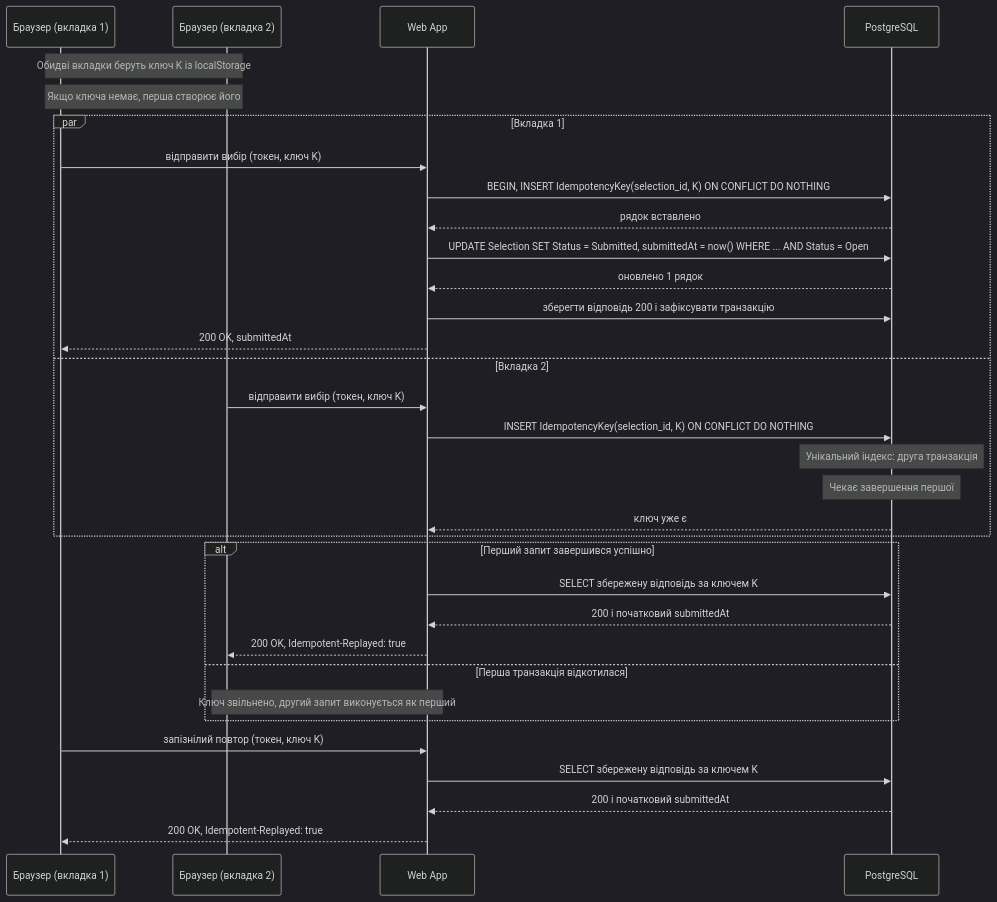
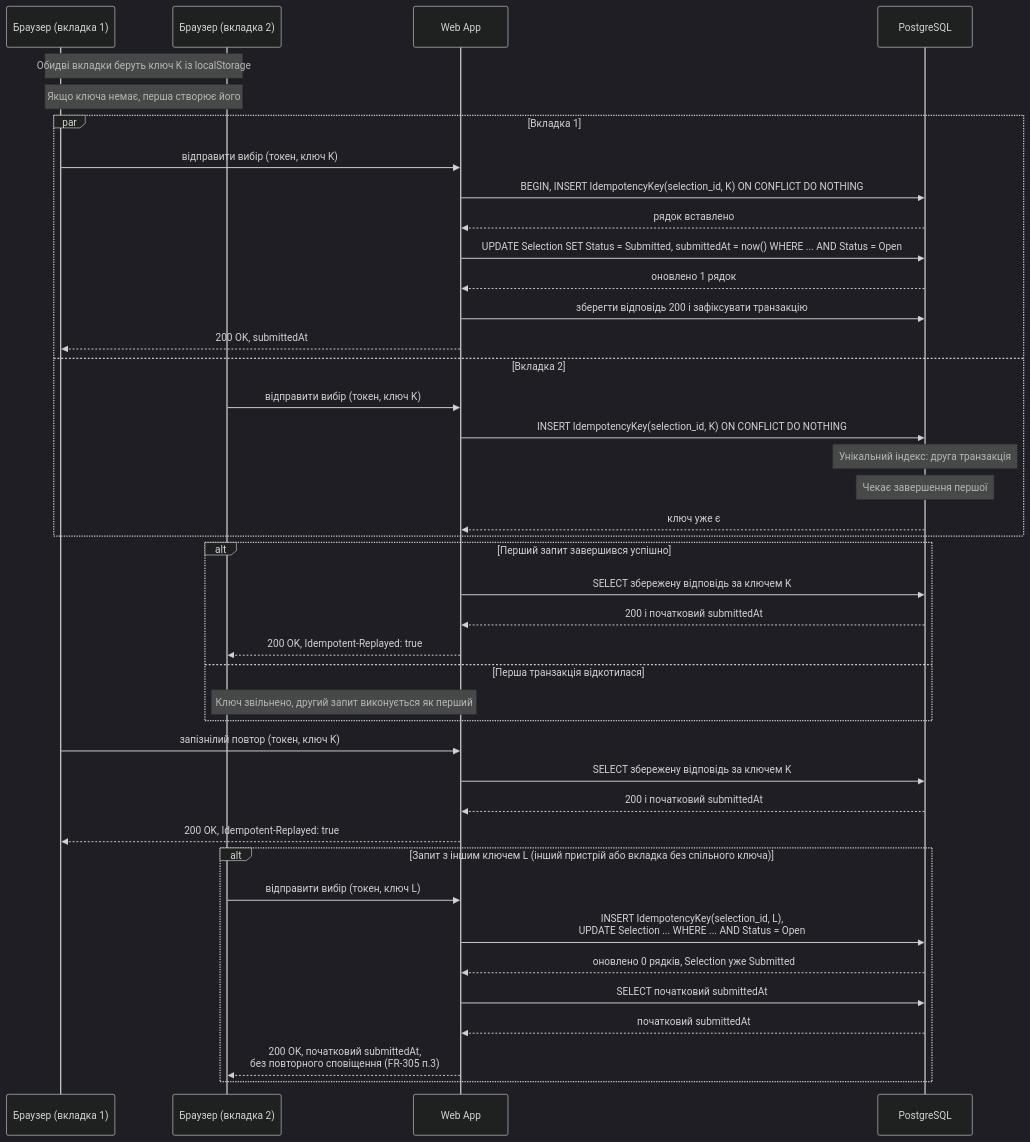
The diagram in docs/06-concurrency/cs-301-idempotency-key.md (alonasaienko/picpick), drawn with Mermaid (dark theme) before and after one commit. The commit also changed other lines of this file, not shown here.

Commit message:
docs(concurrency): add different-key branch to CS-301 and fix NFR-301 link

````diff
--- a/docs/06-concurrency/cs-301-idempotency-key.md
+++ b/docs/06-concurrency/cs-301-idempotency-key.md
@@ -27,36 +27,44 @@
 ```mermaid
 sequenceDiagram
     participant B1 as Браузер (вкладка 1)
     participant B2 as Браузер (вкладка 2)
     participant API as Web App
     participant DB as PostgreSQL
 
     Note over B1,B2: Обидві вкладки беруть ключ K із localStorage
     Note over B1,B2: Якщо ключа немає, перша створює його
     par Вкладка 1
         B1->>API: відправити вибір (токен, ключ K)
         API->>DB: BEGIN, INSERT IdempotencyKey(selection_id, K) ON CONFLICT DO NOTHING
         DB-->>API: рядок вставлено
         API->>DB: UPDATE Selection SET Status = Submitted, submittedAt = now() WHERE ... AND Status = Open
         DB-->>API: оновлено 1 рядок
         API->>DB: зберегти відповідь 200 і зафіксувати транзакцію
         API-->>B1: 200 OK, submittedAt
     and Вкладка 2
         B2->>API: відправити вибір (токен, ключ K)
         API->>DB: INSERT IdempotencyKey(selection_id, K) ON CONFLICT DO NOTHING
         Note over DB: Унікальний індекс: друга транзакція
         Note over DB: Чекає завершення першої
         DB-->>API: ключ уже є
     end
     alt Перший запит завершився успішно
         API->>DB: SELECT збережену відповідь за ключем K
         DB-->>API: 200 і початковий submittedAt
         API-->>B2: 200 OK, Idempotent-Replayed: true
     else Перша транзакція відкотилася
         Note over API,B2: Ключ звільнено, другий запит виконується як перший
     end
     B1->>API: запізнілий повтор (токен, ключ K)
     API->>DB: SELECT збережену відповідь за ключем K
     DB-->>API: 200 і початковий submittedAt
     API-->>B1: 200 OK, Idempotent-Replayed: true
+    alt Запит з іншим ключем L (інший пристрій або вкладка без спільного ключа)
+        B2->>API: відправити вибір (токен, ключ L)
+        API->>DB: INSERT IdempotencyKey(selection_id, L),<br/>UPDATE Selection ... WHERE ... AND Status = Open
+        DB-->>API: оновлено 0 рядків, Selection уже Submitted
+        API->>DB: SELECT початковий submittedAt
+        DB-->>API: початковий submittedAt
+        API-->>B2: 200 OK, початковий submittedAt,<br/>без повторного сповіщення (FR-305 п.3)
+    end
 ```
````
